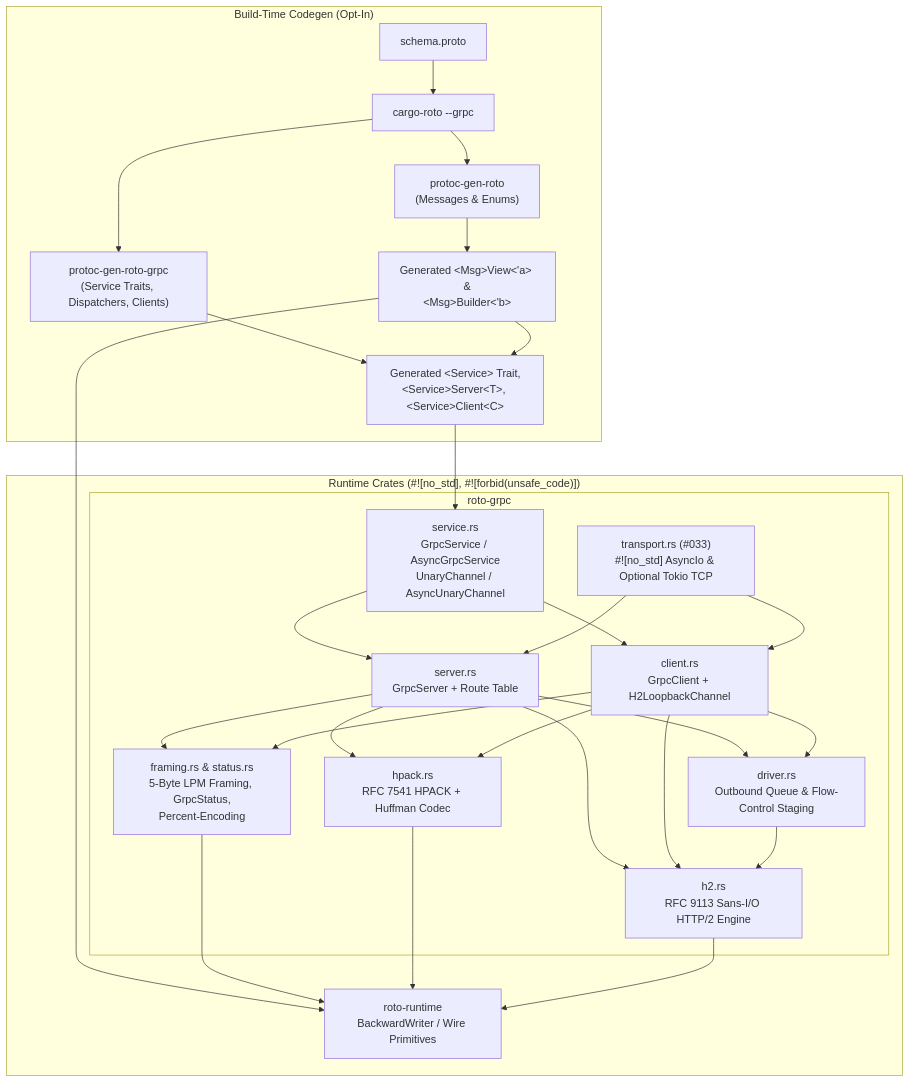
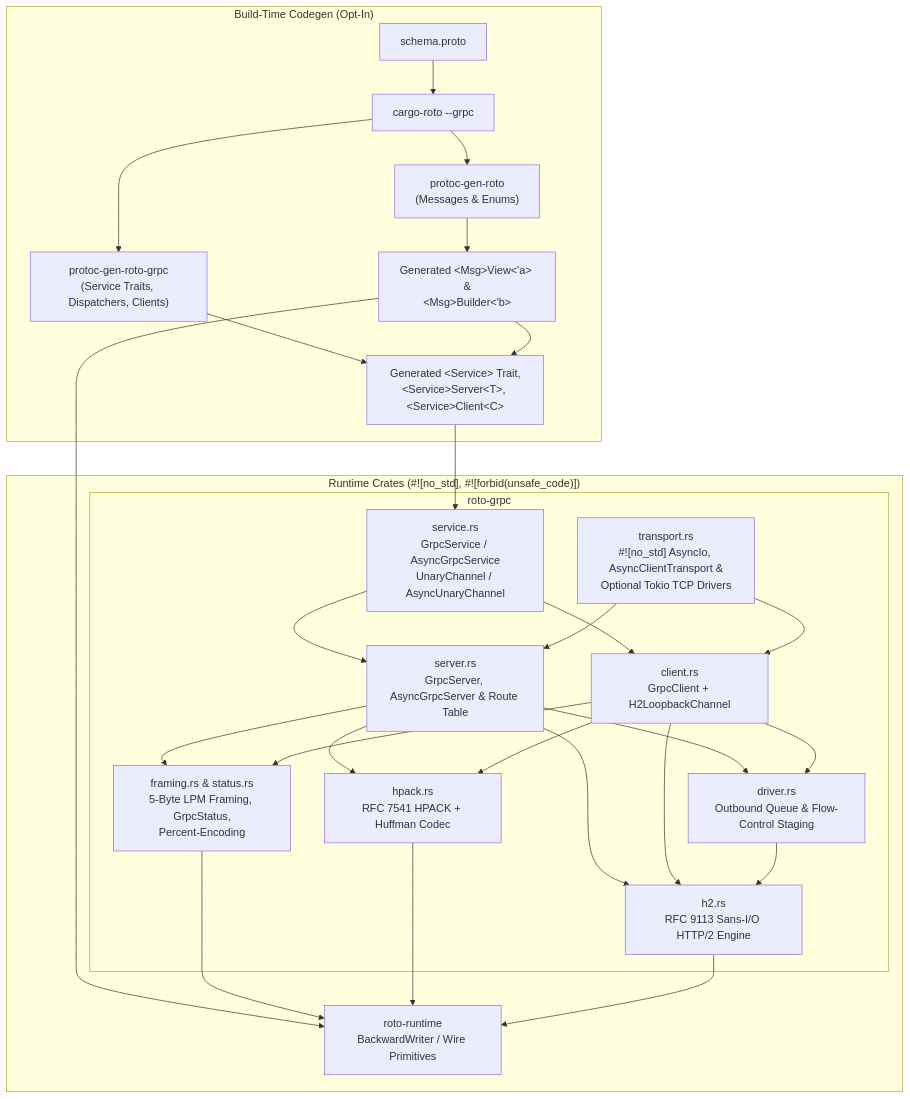
One commit to chathaway-codes/roto changed the first of 3 diagrams in docs/grpc.md. Above: the diagram before and after it, drawn with Mermaid. The commit also changed other lines of this file, not shown here.

Commit message:
docs(grpc): document async transport drivers and mark Issue #033 closed

````diff
--- a/docs/grpc.md
+++ b/docs/grpc.md
@@ -13,40 +13,40 @@
 ```mermaid
 flowchart TD
     subgraph Codegen["Build-Time Codegen (Opt-In)"]
         PROTO["schema.proto"]
         CROTO["cargo-roto --grpc"]
         PG_ROTO["protoc-gen-roto<br/>(Messages & Enums)"]
         PG_GRPC["protoc-gen-roto-grpc<br/>(Service Traits, Dispatchers, Clients)"]
         GEN_MSG["Generated &lt;Msg&gt;View&lt;'a&gt; &amp;<br/>&lt;Msg&gt;Builder&lt;'b&gt;"]
         GEN_SVC["Generated &lt;Service&gt; Trait,<br/>&lt;Service&gt;Server&lt;T&gt;, &lt;Service&gt;Client&lt;C&gt;"]
 
         PROTO --> CROTO
         CROTO --> PG_ROTO --> GEN_MSG
         CROTO --> PG_GRPC --> GEN_SVC
         GEN_MSG --> GEN_SVC
     end
 
     subgraph Runtime["Runtime Crates (#![no_std], #![forbid(unsafe_code)])"]
         RR["roto-runtime<br/>BackwardWriter / Wire Primitives"]
 
         subgraph RotoGrpc["roto-grpc"]
             SVC["service.rs<br/>GrpcService / AsyncGrpcService<br/>UnaryChannel / AsyncUnaryChannel"]
-            SRV["server.rs<br/>GrpcServer + Route Table"]
+            SRV["server.rs<br/>GrpcServer, AsyncGrpcServer &amp; Route Table"]
             CLI["client.rs<br/>GrpcClient + H2LoopbackChannel"]
             DRV["driver.rs<br/>Outbound Queue &amp; Flow-Control Staging"]
             FRM["framing.rs &amp; status.rs<br/>5-Byte LPM Framing, GrpcStatus,<br/>Percent-Encoding"]
             HPK["hpack.rs<br/>RFC 7541 HPACK + Huffman Codec"]
             H2["h2.rs<br/>RFC 9113 Sans-I/O HTTP/2 Engine"]
-            TRN["transport.rs (#033)<br/>#![no_std] AsyncIo &amp; Optional Tokio TCP"]
+            TRN["transport.rs<br/>#![no_std] AsyncIo, AsyncClientTransport &amp;<br/>Optional Tokio TCP Drivers"]
         end
 
         GEN_MSG --> RR
         GEN_SVC --> SVC
         SVC --> SRV & CLI
         SRV & CLI --> DRV
         SRV & CLI --> FRM & HPK & H2
         DRV --> H2
         TRN --> SRV & CLI
         FRM & HPK & H2 --> RR
     end
 ```
````
